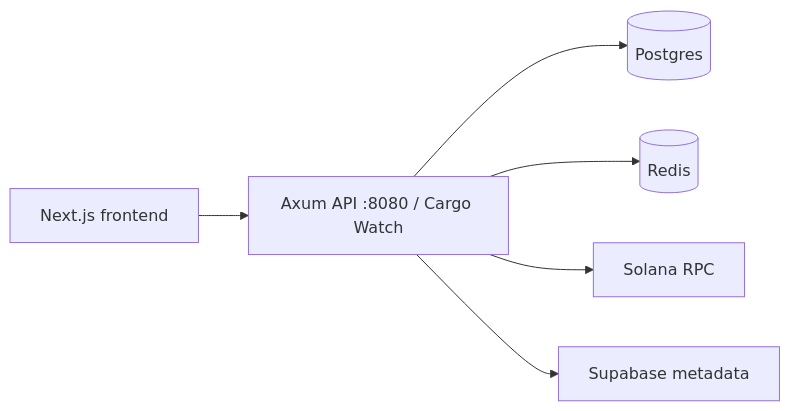
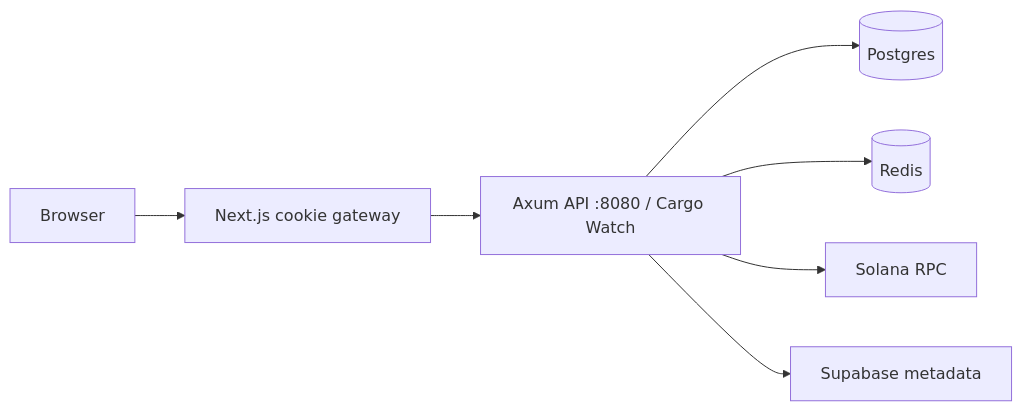
One commit to dyenaan/rabovel-demo changed the diagram in rabovel-BE/README.md. Above: the diagram before and after it, drawn with Mermaid. The commit also changed other lines of this file and 40 other files, not shown here.

Commit message:
Harden sessions with HttpOnly cookies and authenticated API gateway

````diff
--- a/rabovel-BE/README.md
+++ b/rabovel-BE/README.md
@@ -9,8 +9,9 @@
 ```mermaid
 flowchart LR
-  FE[Next.js frontend] --> API[Axum API :8080 / Cargo Watch]
+  FE[Browser] --> GW[Next.js cookie gateway]
+  GW --> API[Axum API :8080 / Cargo Watch]
   API --> PG[(Postgres)]
   API --> RD[(Redis)]
   API --> SOL[Solana RPC]
   API --> SB[Supabase metadata]
 ```
````
